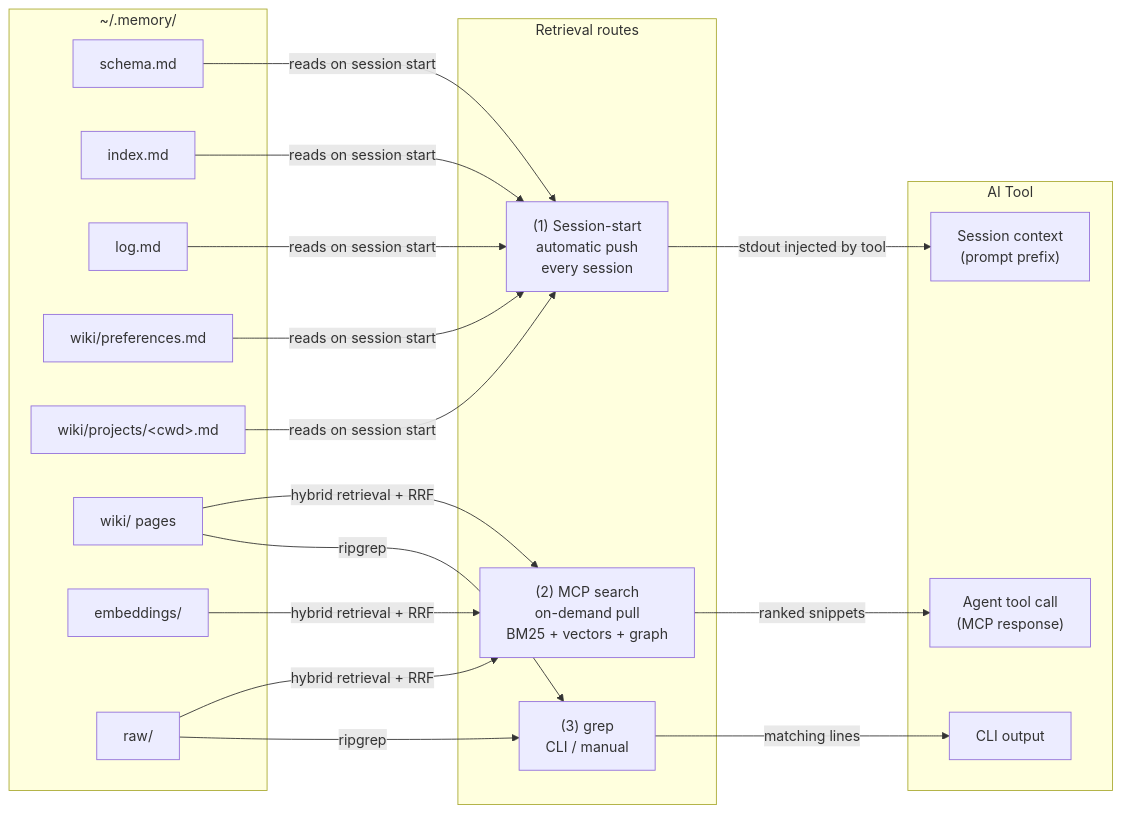
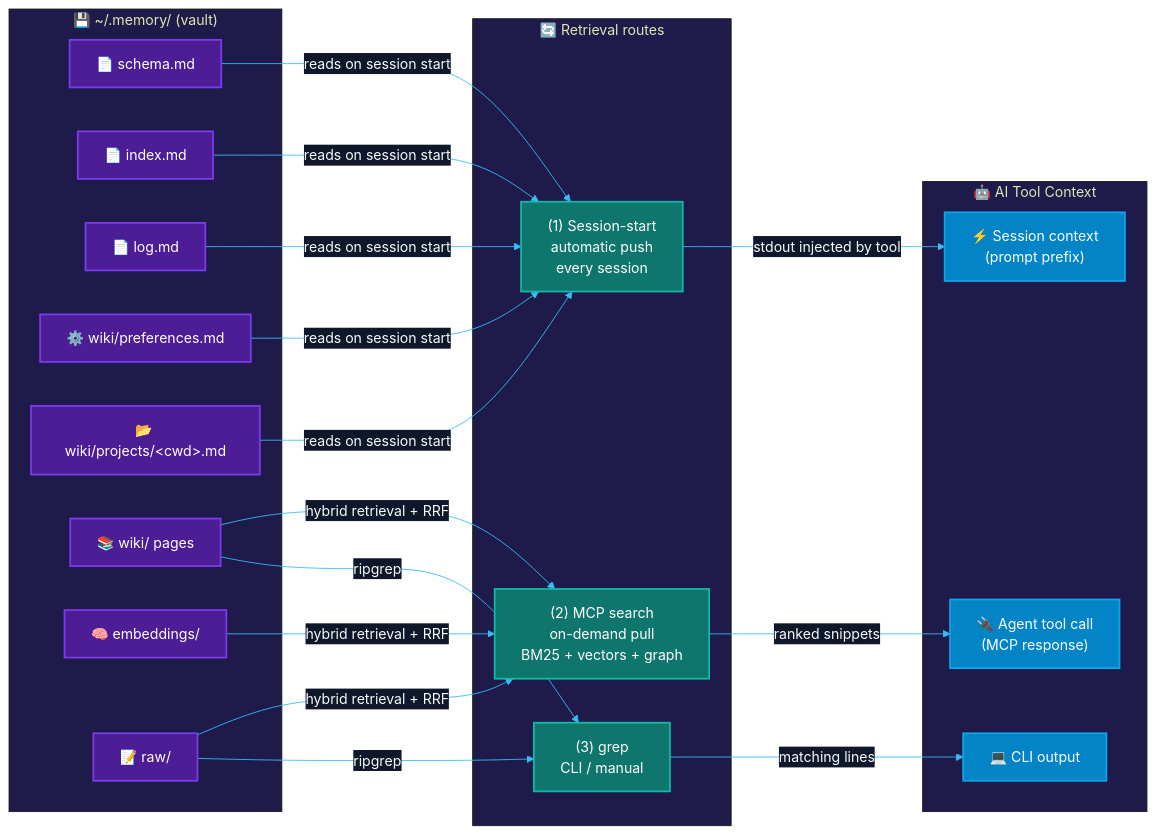
The second of 2 diagrams in README.md (GalaxyRuler/memory-fort), drawn with Mermaid before and after one commit. The commit also changed other lines of this file, not shown here.

Commit message:
docs: improve aesthetics of mermaid charts in README

````diff
--- a/README.md
+++ b/README.md
@@ -98,33 +121,52 @@
 ```mermaid
+%%{init: {
+  'theme': 'base',
+  'themeVariables': {
+    'primaryColor': '#1e293b',
+    'primaryTextColor': '#f8fafc',
+    'primaryBorderColor': '#475569',
+    'lineColor': '#38bdf8',
+    'secondaryColor': '#0f172a',
+    'tertiaryColor': '#1e1b4b'
+  }
+}}%%
 flowchart LR
-    subgraph V["~/.memory/"]
-        S["schema.md"]
-        I["index.md"]
-        L["log.md"]
-        P["wiki/preferences.md"]
-        W["wiki/projects/&lt;cwd&gt;.md"]
-        WK["wiki/ pages"]
-        EM["embeddings/"]
-        R["raw/"]
+    subgraph V ["💾 ~/.memory/ (vault)"]
+        S["📄 schema.md"]
+        I["📄 index.md"]
+        L["📄 log.md"]
+        P["⚙️ wiki/preferences.md"]
+        W["📂 wiki/projects/&lt;cwd&gt;.md"]
+        WK["📚 wiki/ pages"]
+        EM["🧠 embeddings/"]
+        R["📝 raw/"]
     end
 
-    subgraph Routes["Retrieval routes"]
-        R1["(1) Session-start\nautomatic push\nevery session"]
-        R2["(2) MCP search\non-demand pull\nBM25 + vectors + graph"]
-        R3["(3) grep\nCLI / manual"]
+    subgraph Routes ["🔄 Retrieval routes"]
+        R1["(1) Session-start<br/>automatic push<br/>every session"]
+        R2["(2) MCP search<br/>on-demand pull<br/>BM25 + vectors + graph"]
+        R3["(3) grep<br/>CLI / manual"]
     end
 
-    subgraph AI["AI Tool"]
-        CTX["Session context\n(prompt prefix)"]
-        TOOL["Agent tool call\n(MCP response)"]
-        CLI2["CLI output"]
+    subgraph AI ["🤖 AI Tool Context"]
+        CTX["⚡ Session context<br/>(prompt prefix)"]
+        TOOL["🔌 Agent tool call<br/>(MCP response)"]
+        CLI2["💻 CLI output"]
     end
 
     S & I & L & P & W -->|reads on session start| R1
     WK & EM & R -->|hybrid retrieval + RRF| R2
     R & WK -->|ripgrep| R3
 
     R1 -->|stdout injected by tool| CTX
     R2 -->|ranked snippets| TOOL
     R3 -->|matching lines| CLI2
+
+    classDef vault fill:#4c1d95,stroke:#7c3aed,stroke-width:2px,color:#fff;
+    classDef route fill:#0f766e,stroke:#14b8a6,stroke-width:2px,color:#fff;
+    classDef ai fill:#0284c7,stroke:#0ea5e9,stroke-width:2px,color:#fff;
+
+    class S,I,L,P,W,WK,EM,R vault;
+    class R1,R2,R3 route;
+    class CTX,TOOL,CLI2 ai;
 ```
````
